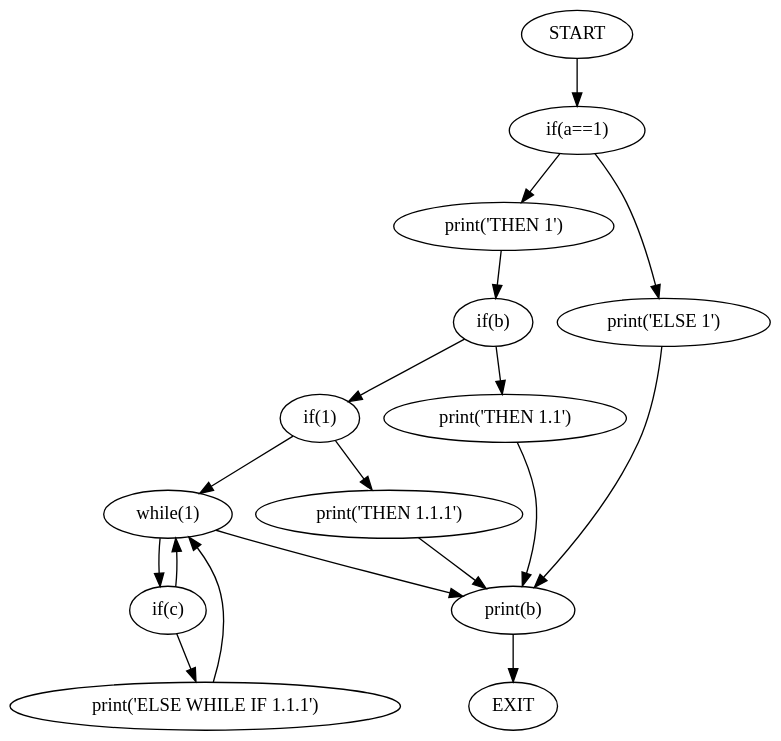
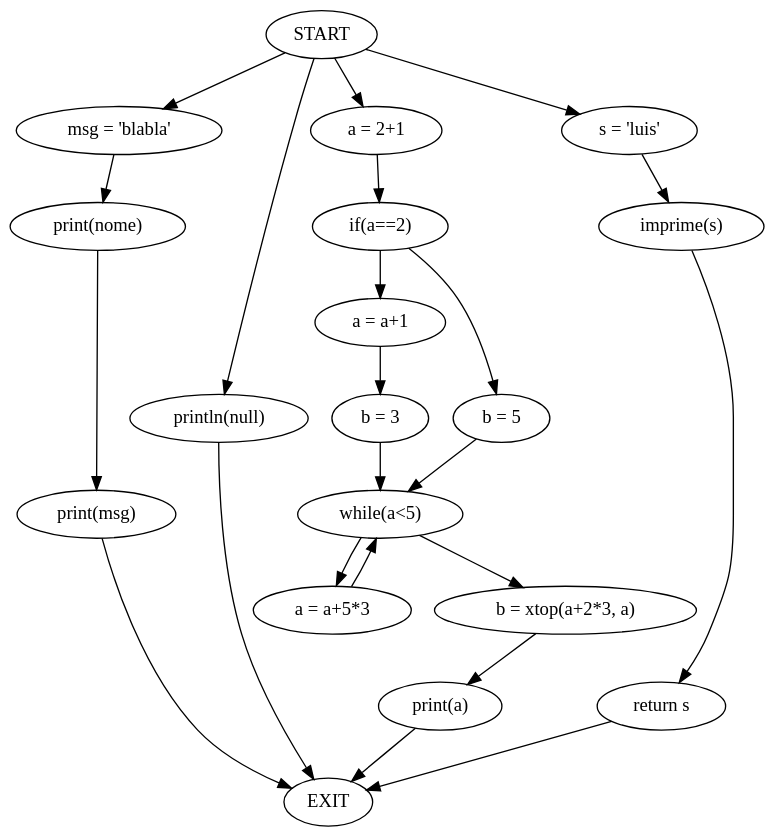
One commit to MiguelCosta/EngenhariaDeLinguagens changed the diagram in ATS/Fichas/Cmb/Gramatica/output/cfg.gv. Above: the diagram before and after it, drawn with Graphviz. The commit also changed 8 other files, not shown here.

```diff
--- a/ATS/Fichas/Cmb/Gramatica/output/cfg.gv
+++ b/ATS/Fichas/Cmb/Gramatica/output/cfg.gv
@@ -1,20 +1,25 @@
 digraph mainmap {
 graph [bgcolor=transparent];
-"START" -> "if(a==1)";
-"if(a==1)" -> "print('THEN 1')";
-"if(a==1)" -> "print('ELSE 1')";
-"print('THEN 1')" -> "if(b)";
-"if(b)" -> "print('THEN 1.1')";
-"if(b)" -> "if(1)";
-"print('THEN 1.1')" -> "print(b)";
-"if(1)" -> "print('THEN 1.1.1')";
-"if(1)" -> "while(1)";
-"print('THEN 1.1.1')" -> "print(b)";
-"while(1)" -> "if(c)";
-"while(1)" -> "print(b)";
-"if(c)" -> "while(1)";
-"if(c)" -> "print('ELSE WHILE IF 1.1.1')";
-"print('ELSE WHILE IF 1.1.1')" -> "while(1)";
-"print('ELSE 1')" -> "print(b)";
-"print(b)" -> "EXIT";
+"START" -> "msg = 'blabla'";
+"START" -> "println(null)";
+"START" -> "a = 2+1";
+"START" -> "s = 'luis'";
+"msg = 'blabla'" -> "print(nome)";
+"print(nome)" -> "print(msg)";
+"print(msg)" -> "EXIT";
+"println(null)" -> "EXIT";
+"a = 2+1" -> "if(a==2)";
+"if(a==2)" -> "a = a+1";
+"if(a==2)" -> "b = 5";
+"a = a+1" -> "b = 3";
+"b = 3" -> "while(a<5)";
+"b = 5" -> "while(a<5)";
+"while(a<5)" -> "a = a+5*3";
+"while(a<5)" -> "b = xtop(a+2*3, a)";
+"a = a+5*3" -> "while(a<5)";
+"b = xtop(a+2*3, a)" -> "print(a)";
+"print(a)" -> "EXIT";
+"s = 'luis'" -> "imprime(s)";
+"imprime(s)" -> "return s";
+"return s" -> "EXIT";
 }
```
